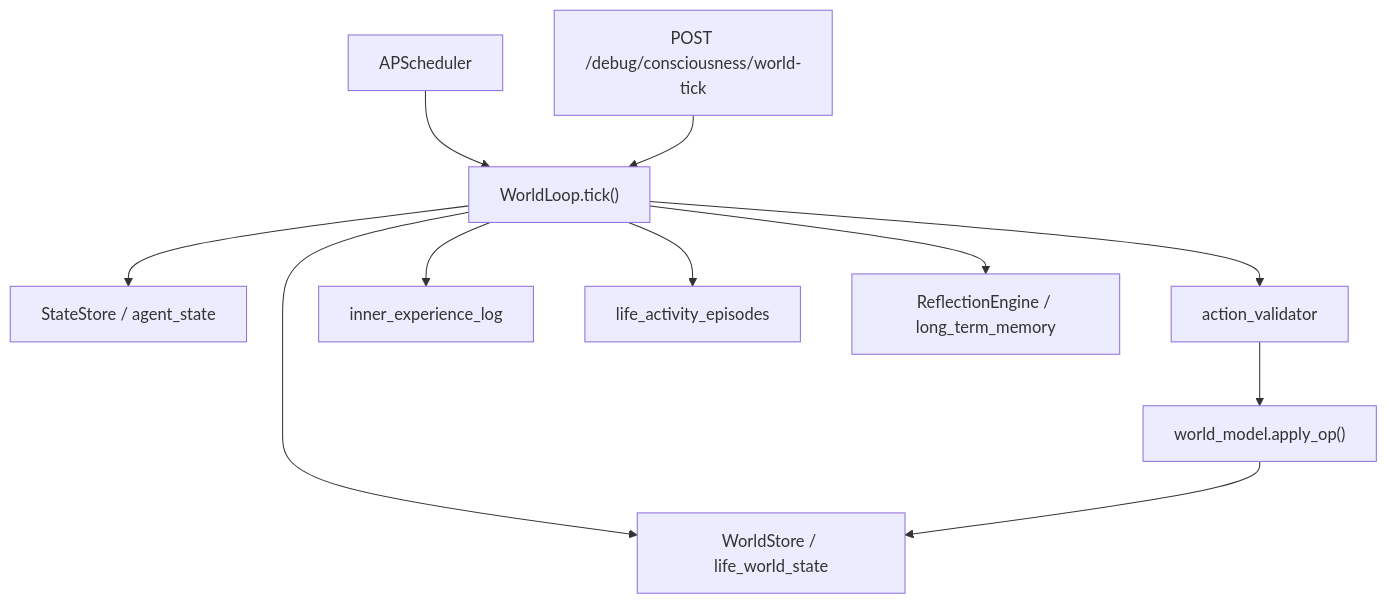
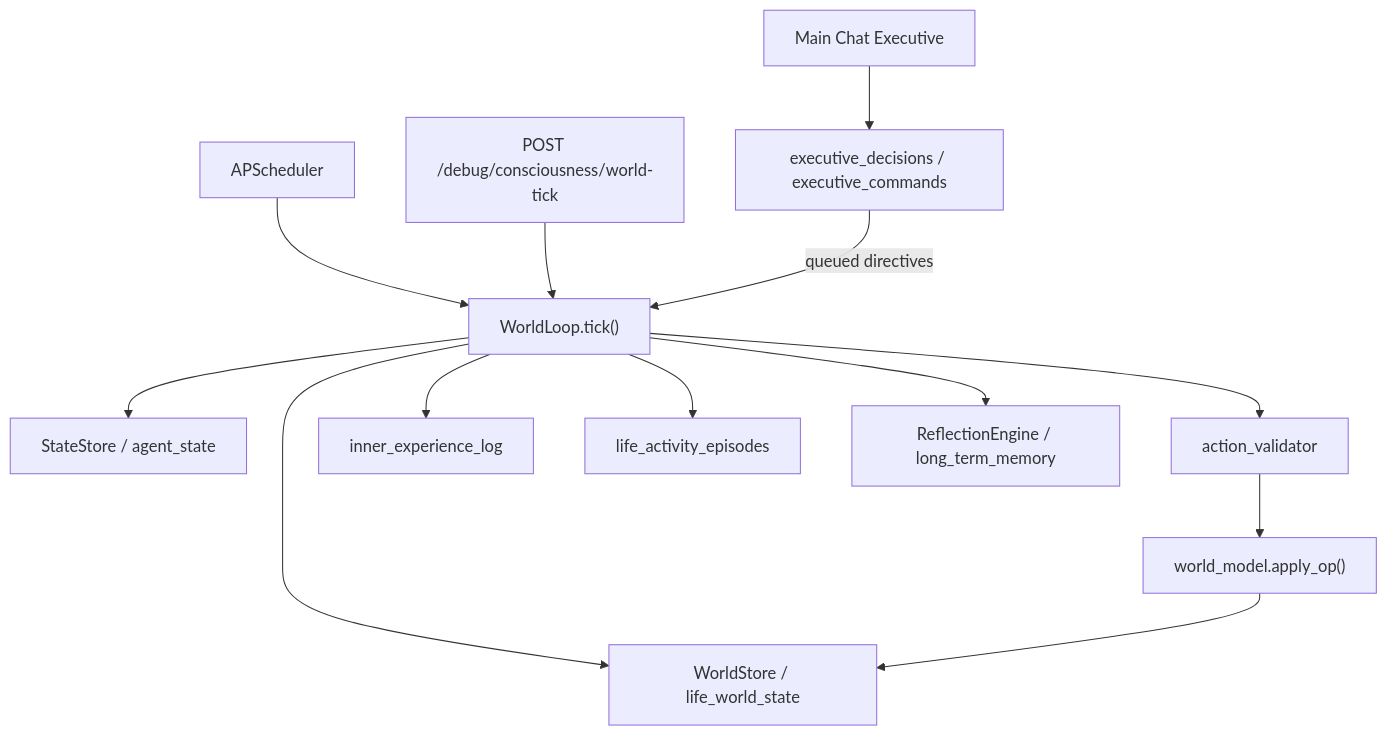
Before and after one commit to E-Neno/Neno-bot: the second of 3 diagrams in NENO_ARCHITECTURE.md, drawn with Mermaid. The commit also changed other lines of this file and 3749 other files, not shown here.

````diff
--- a/NENO_ARCHITECTURE.md
+++ b/NENO_ARCHITECTURE.md
@@ -83,13 +96,15 @@
 ```mermaid
 flowchart TD
     Scheduler["APScheduler"] --> WorldLoop["WorldLoop.tick()"]
     Manual["POST /debug/consciousness/world-tick"] --> WorldLoop
     WorldLoop --> WorldStore["WorldStore / life_world_state"]
     WorldLoop --> StateStore["StateStore / agent_state"]
     WorldLoop --> Guard["action_validator"]
     Guard --> Apply["world_model.apply_op()"]
     Apply --> WorldStore
     WorldLoop --> Experience["inner_experience_log"]
     WorldLoop --> Episodes["life_activity_episodes"]
     WorldLoop --> Reflection["ReflectionEngine / long_term_memory"]
+    ChatExecutive["Main Chat Executive"] --> ExecutiveStore["executive_decisions / executive_commands"]
+    ExecutiveStore -->|"queued directives"| WorldLoop
 ```
````
